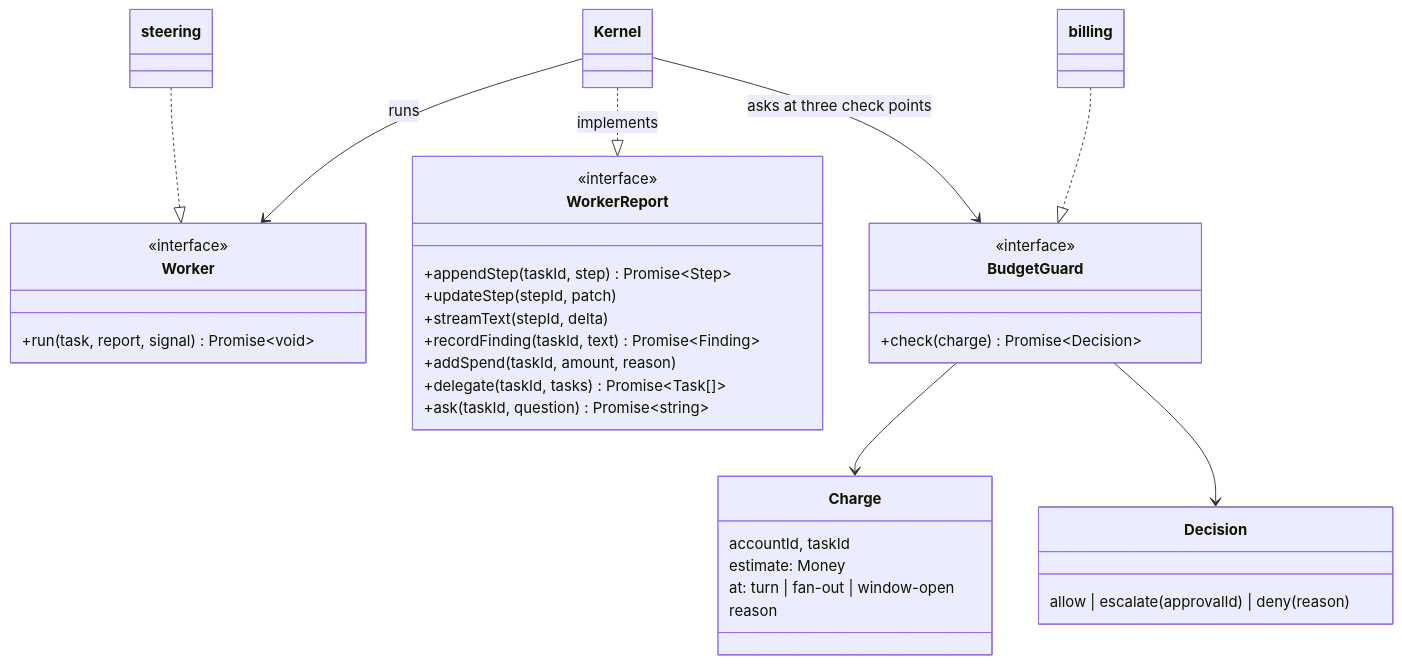
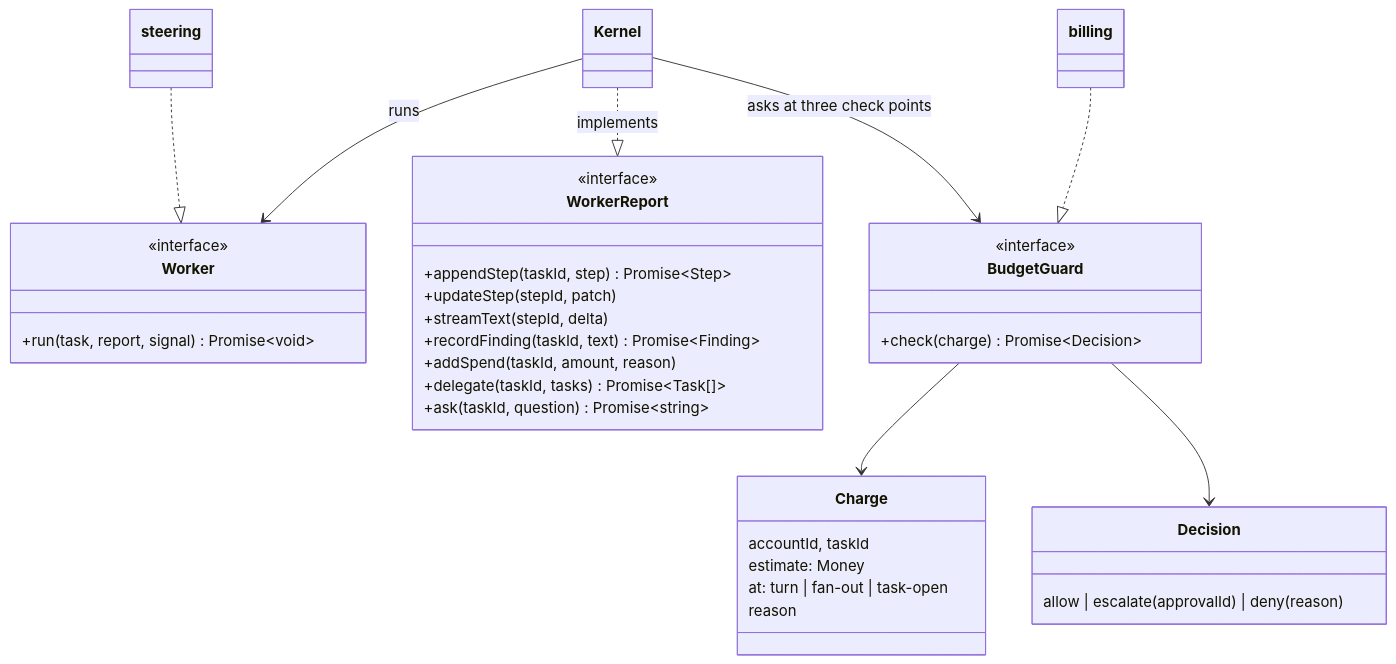
The seventh of 16 diagrams in docs/ARCHITECTURE.md (ziyangliu-666/lumen-next), drawn with Mermaid before and after one commit. The commit also changed other lines of this file and 5 other files, not shown here.

````diff
--- a/docs/ARCHITECTURE.md
+++ b/docs/ARCHITECTURE.md
@@ -313,37 +313,37 @@
 ```mermaid
 classDiagram
   class Worker {
     <<interface>>
     +run(task, report, signal) Promise~void~
   }
   class WorkerReport {
     <<interface>>
     +appendStep(taskId, step) Promise~Step~
     +updateStep(stepId, patch)
     +streamText(stepId, delta)
     +recordFinding(taskId, text) Promise~Finding~
     +addSpend(taskId, amount, reason)
     +delegate(taskId, tasks) Promise~Task[]~
     +ask(taskId, question) Promise~string~
   }
   class BudgetGuard {
     <<interface>>
     +check(charge) Promise~Decision~
   }
   class Charge {
     accountId, taskId
     estimate: Money
-    at: turn | fan-out | window-open
+    at: turn | fan-out | task-open
     reason
   }
   class Decision {
     allow | escalate(approvalId) | deny(reason)
   }
   Kernel --> Worker : runs
   Kernel ..|> WorkerReport : implements
   Kernel --> BudgetGuard : asks at three check points
   steering ..|> Worker
   billing ..|> BudgetGuard
   BudgetGuard --> Charge
   BudgetGuard --> Decision
 ```
````
